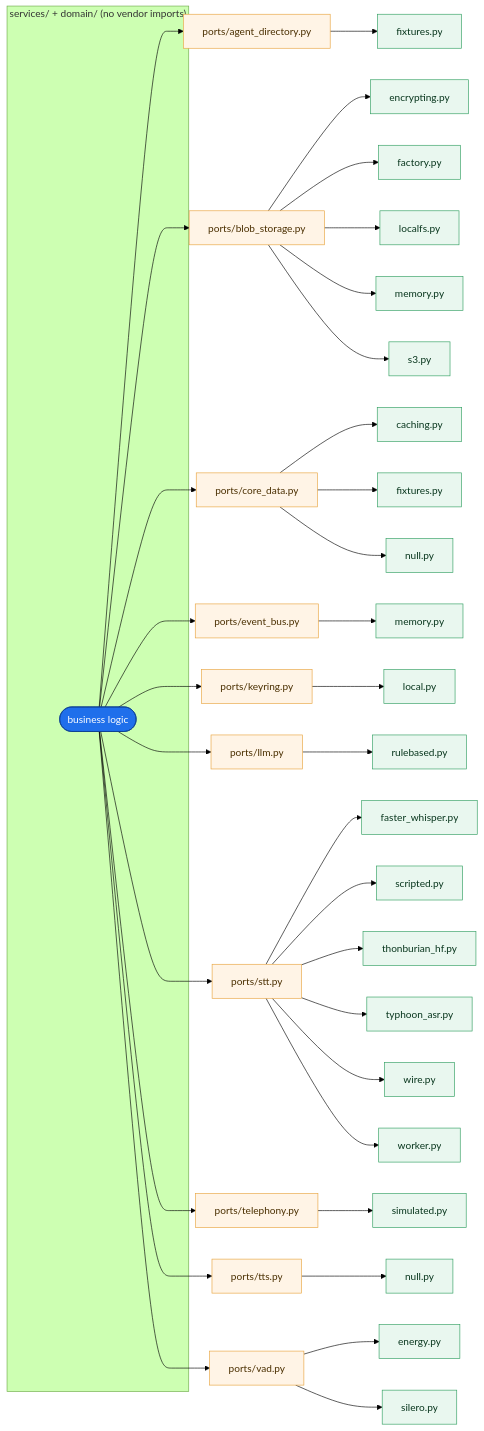
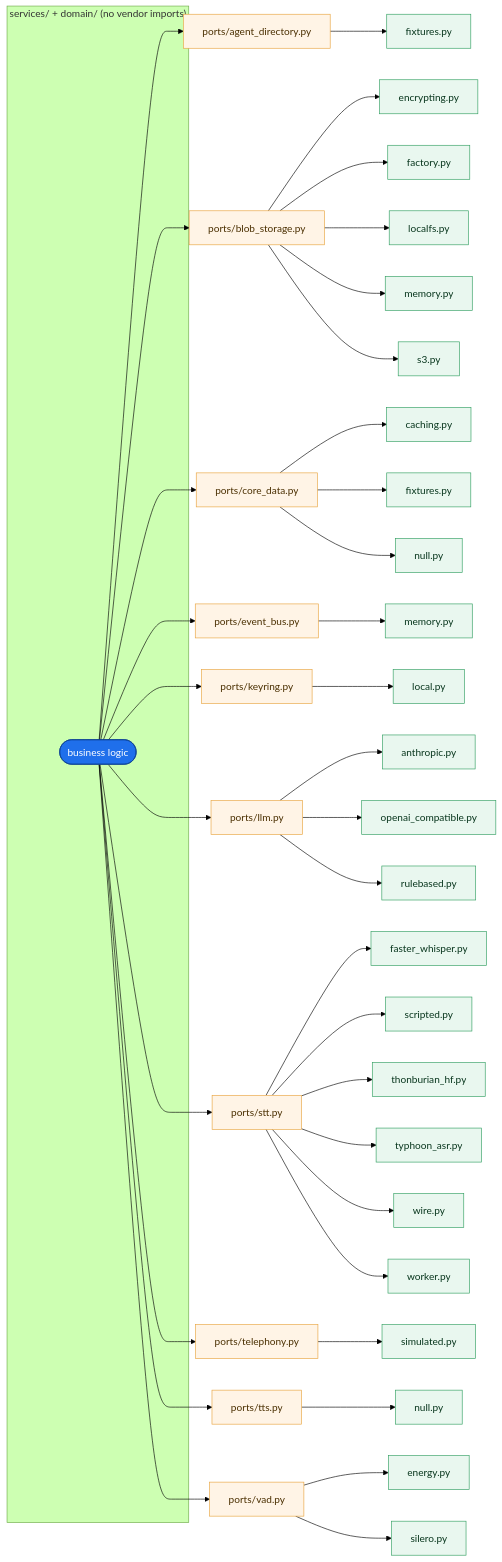
The diagram in docs/diagrams/src/ports_adapters.mmd (anakom-suvonvorn/Krungsri-ReadyCall), drawn with Mermaid (forest theme) before and after one commit. The commit also changed 34 other files, not shown here.

```diff
--- a/docs/diagrams/src/ports_adapters.mmd
+++ b/docs/diagrams/src/ports_adapters.mmd
@@ -1,42 +1,44 @@
 %% GENERATED by scripts/gen_diagrams.py - do not edit by hand.
 %% Source of truth: src/readycall/ports/ + adapters/ on disk
 flowchart LR
     subgraph core["services/ + domain/ (no vendor imports)"]
         logic([business logic]):::core
     end
     logic --> P_agent_directory["ports/agent_directory.py"]:::port
     P_agent_directory --> A_agent_directory_fixtures["fixtures.py"]:::adapter
     logic --> P_blob_storage["ports/blob_storage.py"]:::port
     P_blob_storage --> A_blob_storage_encrypting["encrypting.py"]:::adapter
     P_blob_storage --> A_blob_storage_factory["factory.py"]:::adapter
     P_blob_storage --> A_blob_storage_localfs["localfs.py"]:::adapter
     P_blob_storage --> A_blob_storage_memory["memory.py"]:::adapter
     P_blob_storage --> A_blob_storage_s3["s3.py"]:::adapter
     logic --> P_core_data["ports/core_data.py"]:::port
     P_core_data --> A_core_data_caching["caching.py"]:::adapter
     P_core_data --> A_core_data_fixtures["fixtures.py"]:::adapter
     P_core_data --> A_core_data_null["null.py"]:::adapter
     logic --> P_event_bus["ports/event_bus.py"]:::port
     P_event_bus --> A_event_bus_memory["memory.py"]:::adapter
     logic --> P_keyring["ports/keyring.py"]:::port
     P_keyring --> A_keyring_local["local.py"]:::adapter
     logic --> P_llm["ports/llm.py"]:::port
+    P_llm --> A_llm_anthropic["anthropic.py"]:::adapter
+    P_llm --> A_llm_openai_compatible["openai_compatible.py"]:::adapter
     P_llm --> A_llm_rulebased["rulebased.py"]:::adapter
     logic --> P_stt["ports/stt.py"]:::port
     P_stt --> A_stt_faster_whisper["faster_whisper.py"]:::adapter
     P_stt --> A_stt_scripted["scripted.py"]:::adapter
     P_stt --> A_stt_thonburian_hf["thonburian_hf.py"]:::adapter
     P_stt --> A_stt_typhoon_asr["typhoon_asr.py"]:::adapter
     P_stt --> A_stt_wire["wire.py"]:::adapter
     P_stt --> A_stt_worker["worker.py"]:::adapter
     logic --> P_telephony["ports/telephony.py"]:::port
     P_telephony --> A_telephony_simulated["simulated.py"]:::adapter
     logic --> P_tts["ports/tts.py"]:::port
     P_tts --> A_tts_null["null.py"]:::adapter
     logic --> P_vad["ports/vad.py"]:::port
     P_vad --> A_vad_energy["energy.py"]:::adapter
     P_vad --> A_vad_silero["silero.py"]:::adapter
     classDef core fill:#1f6feb,stroke:#0b3d91,color:#fff
     classDef port fill:#fff4e6,stroke:#e8a33d,color:#4a2f00
     classDef adapter fill:#e9f7ef,stroke:#2f9e5f,color:#08361d
     classDef todo fill:#f5f5f5,stroke:#bbb,color:#666,stroke-dasharray:4 3
```
